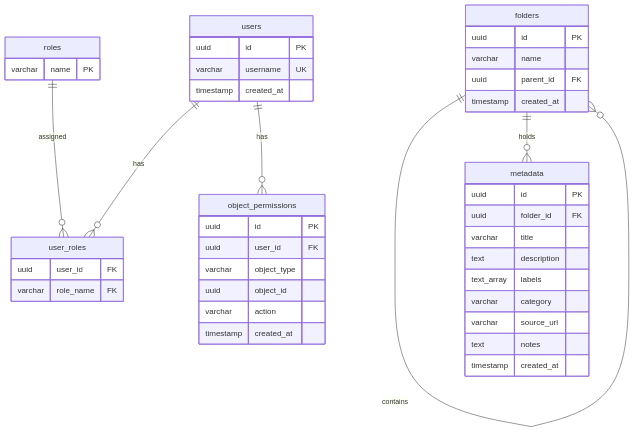
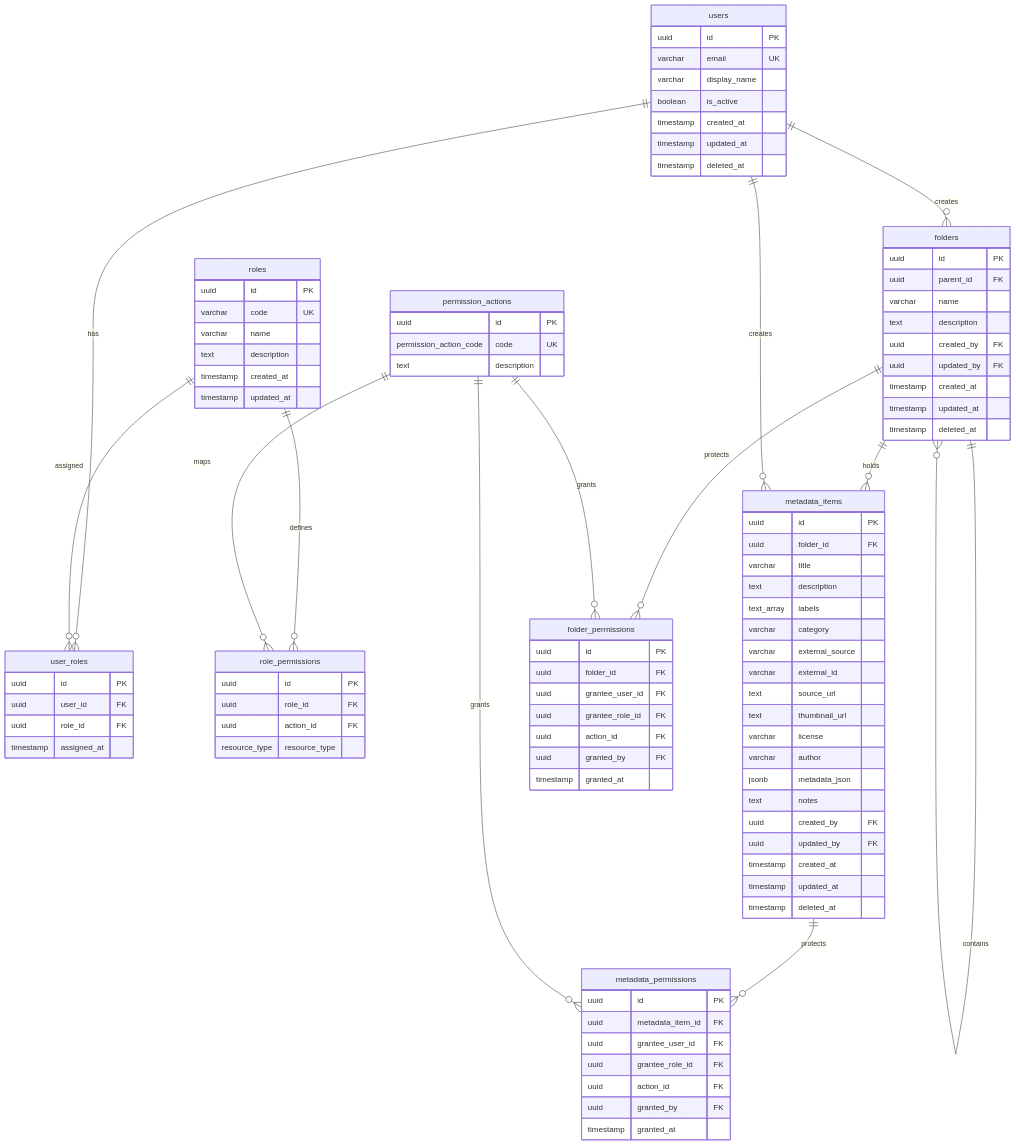
One commit to thang-seta/seta-dam-backend changed the diagram in docs/database-design.md. Above: the diagram before and after it, drawn with Mermaid. The commit also changed other lines of this file and 18 other files, not shown here.

Commit message:
adjust project to adapt the new database schema

````diff
--- a/docs/database-design.md
+++ b/docs/database-design.md
@@ -8,45 +8,99 @@
 erDiagram
     users {
         uuid id PK
-        varchar username UK
+        varchar email UK
+        varchar display_name
+        boolean is_active
         timestamp created_at
+        timestamp updated_at
+        timestamp deleted_at
     }
     roles {
-        varchar name PK
+        uuid id PK
+        varchar code UK
+        varchar name
+        text description
+        timestamp created_at
+        timestamp updated_at
     }
     user_roles {
+        uuid id PK
         uuid user_id FK
-        varchar role_name FK
+        uuid role_id FK
+        timestamp assigned_at
+    }
+    permission_actions {
+        uuid id PK
+        permission_action_code code UK
+        text description
+    }
+    role_permissions {
+        uuid id PK
+        uuid role_id FK
+        uuid action_id FK
+        resource_type resource_type
     }
     folders {
         uuid id PK
+        uuid parent_id FK
         varchar name
-        uuid parent_id FK
+        text description
+        uuid created_by FK
+        uuid updated_by FK
         timestamp created_at
+        timestamp updated_at
+        timestamp deleted_at
     }
-    metadata {
+    metadata_items {
         uuid id PK
         uuid folder_id FK
         varchar title
         text description
         text_array labels
         varchar category
-        varchar source_url
+        varchar external_source
+        varchar external_id
+        text source_url
+        text thumbnail_url
+        varchar license
+        varchar author
+        jsonb metadata_json
         text notes
+        uuid created_by FK
+        uuid updated_by FK
         timestamp created_at
+        timestamp updated_at
+        timestamp deleted_at
     }
-    object_permissions {
+    folder_permissions {
         uuid id PK
-        uuid user_id FK
-        varchar object_type
-        uuid object_id
-        varchar action
-        timestamp created_at
+        uuid folder_id FK
+        uuid grantee_user_id FK
+        uuid grantee_role_id FK
+        uuid action_id FK
+        uuid granted_by FK
+        timestamp granted_at
+    }
+    metadata_permissions {
+        uuid id PK
+        uuid metadata_item_id FK
+        uuid grantee_user_id FK
+        uuid grantee_role_id FK
+        uuid action_id FK
+        uuid granted_by FK
+        timestamp granted_at
     }
 
     users ||--o{ user_roles : has
     roles ||--o{ user_roles : assigned
-    users ||--o{ object_permissions : has
+    roles ||--o{ role_permissions : defines
+    permission_actions ||--o{ role_permissions : maps
+    users ||--o{ folders : creates
     folders ||--o{ folders : contains
-    folders ||--o{ metadata : holds
+    folders ||--o{ metadata_items : holds
+    users ||--o{ metadata_items : creates
+    folders ||--o{ folder_permissions : protects
+    metadata_items ||--o{ metadata_permissions : protects
+    permission_actions ||--o{ folder_permissions : grants
+    permission_actions ||--o{ metadata_permissions : grants
 ```
````
